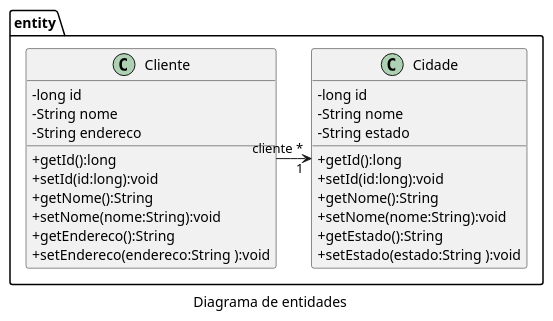
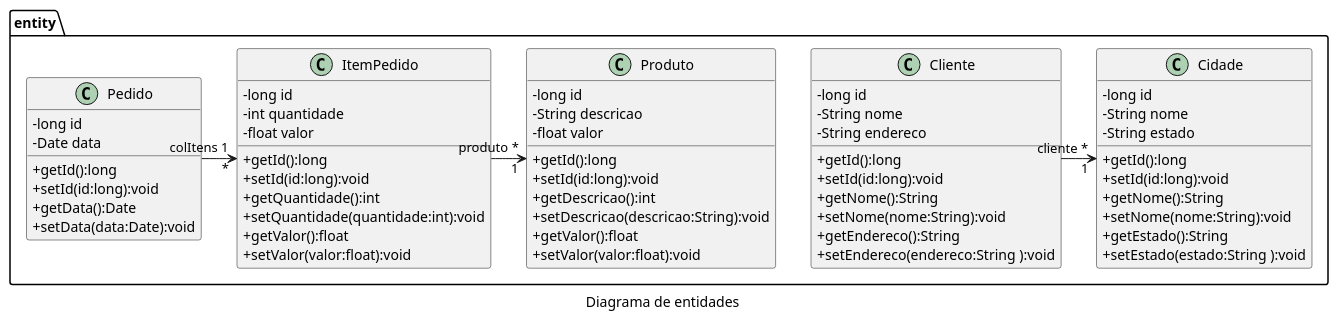
Before and after one commit to waltercoan/fso-turmaa-proj: the diagram in diagramas/entidades.puml, drawn with PlantUML. The commit also changed 4 other files, not shown here.

```diff
--- a/diagramas/entidades.puml
+++ b/diagramas/entidades.puml
@@ -1,34 +1,68 @@
 @startuml
 skinparam classAttributeIconSize 0
 caption Diagrama de entidades
 namespace entity {
     class Cliente {
         - long id
         - String nome
         - String endereco
 
         + getId():long
         + setId(id:long):void
         + getNome():String
         + setNome(nome:String):void
         + getEndereco():String
         + setEndereco(endereco:String ):void
         
     }
-     class Cidade {
+    class Cidade {
         - long id
         - String nome
         - String estado
 
         + getId():long
         + setId(id:long):void
         + getNome():String
         + setNome(nome:String):void
         + getEstado():String
         + setEstado(estado:String ):void
-        
+    }
+    class Pedido {
+        - long id
+        - Date data
+
+        + getId():long
+        + setId(id:long):void
+        + getData():Date
+        + setData(data:Date):void
+    }
+    class ItemPedido {
+        - long id
+        - int quantidade
+        - float valor
+
+        + getId():long
+        + setId(id:long):void
+        + getQuantidade():int
+        + setQuantidade(quantidade:int):void
+        + getValor():float
+        + setValor(valor:float):void
+    }
+    class Produto {
+        - long id
+        - String descricao
+        - float valor
+
+        + getId():long
+        + setId(id:long):void
+        + getDescricao():int
+        + setDescricao(descricao:String):void
+        + getValor():float
+        + setValor(valor:float):void
     }
 
     Cliente "cliente *" -> "1" Cidade
+    Pedido "colItens 1" -> "*" ItemPedido
+    ItemPedido "produto *" -> "1" Produto
 }
 @enduml
```
